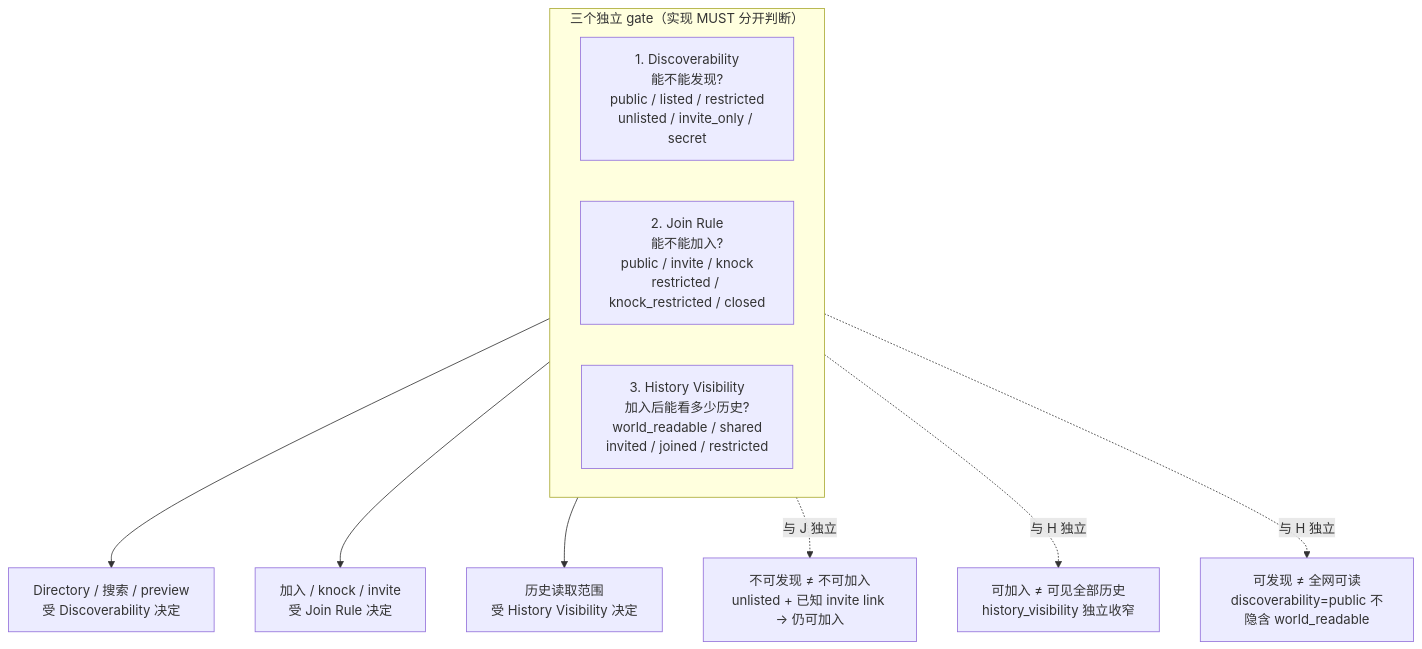
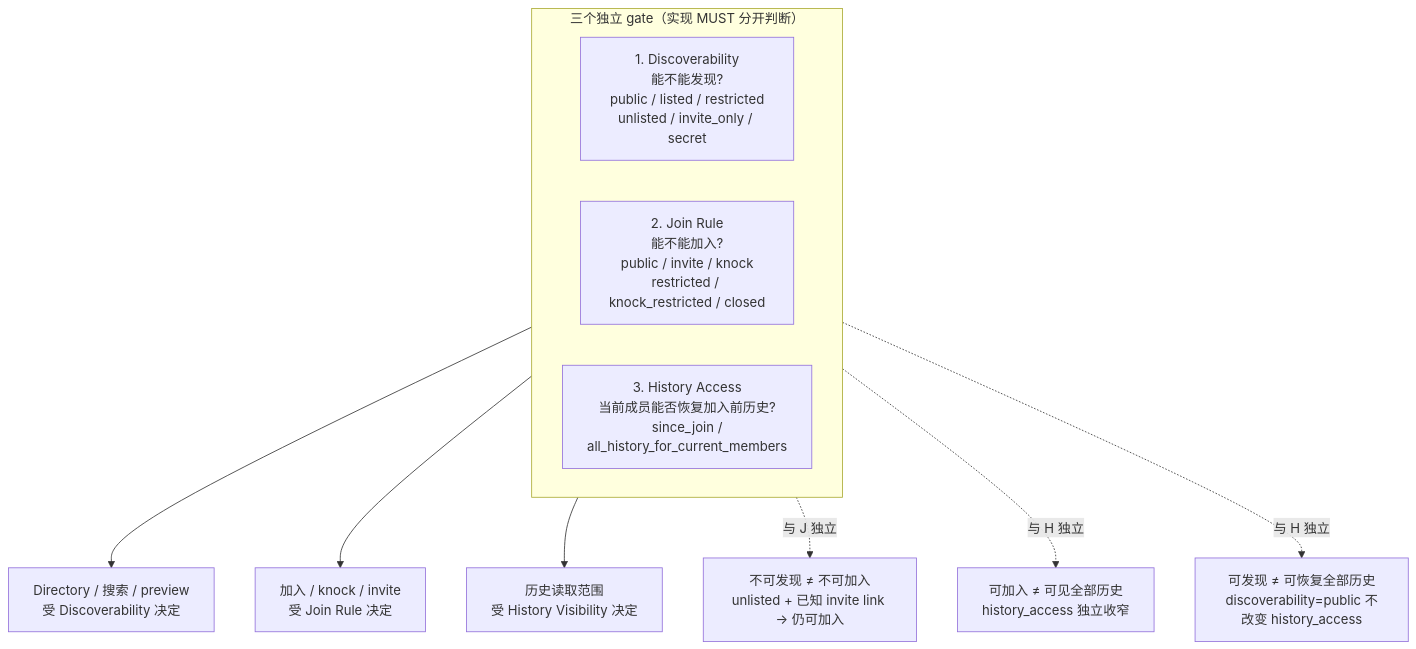
Before and after one commit to arkret-org/arkret-spec: the diagram in spec/v1/zh/discovery/discovery-directory.md, drawn with Mermaid. The commit also changed other lines of this file and 173 other files, not shown here.

````diff
--- a/spec/v1/zh/discovery/discovery-directory.md
+++ b/spec/v1/zh/discovery/discovery-directory.md
@@ -159,25 +159,25 @@
 ```mermaid
 flowchart TB
     subgraph Q ["三个独立 gate（实现 MUST 分开判断）"]
         direction LR
         D["1. Discoverability<br>能不能发现?<br>public / listed / restricted<br>unlisted / invite_only / secret"]
         J["2. Join Rule<br>能不能加入?<br>public / invite / knock<br>restricted / knock_restricted / closed"]
-        H["3. History Visibility<br>加入后能看多少历史?<br>world_readable / shared<br>invited / joined / restricted"]
+        H["3. History Access<br>当前成员能否恢复加入前历史?<br>since_join /<br>all_history_for_current_members"]
     end
 
     Search["Directory / 搜索 / preview<br>受 Discoverability 决定"]
     Join["加入 / knock / invite<br>受 Join Rule 决定"]
     Read["历史读取范围<br>受 History Visibility 决定"]
 
     D --> Search
     J --> Join
     H --> Read
 
     R1["不可发现 ≠ 不可加入<br>unlisted + 已知 invite link → 仍可加入"]
-    R2["可加入 ≠ 可见全部历史<br>history_visibility 独立收窄"]
-    R3["可发现 ≠ 全网可读<br>discoverability=public 不隐含 world_readable"]
+    R2["可加入 ≠ 可见全部历史<br>history_access 独立收窄"]
+    R3["可发现 ≠ 可恢复全部历史<br>discoverability=public 不改变 history_access"]
 
     D -. 与 J 独立 .-> R1
     J -. 与 H 独立 .-> R2
     D -. 与 H 独立 .-> R3
 ```
````
